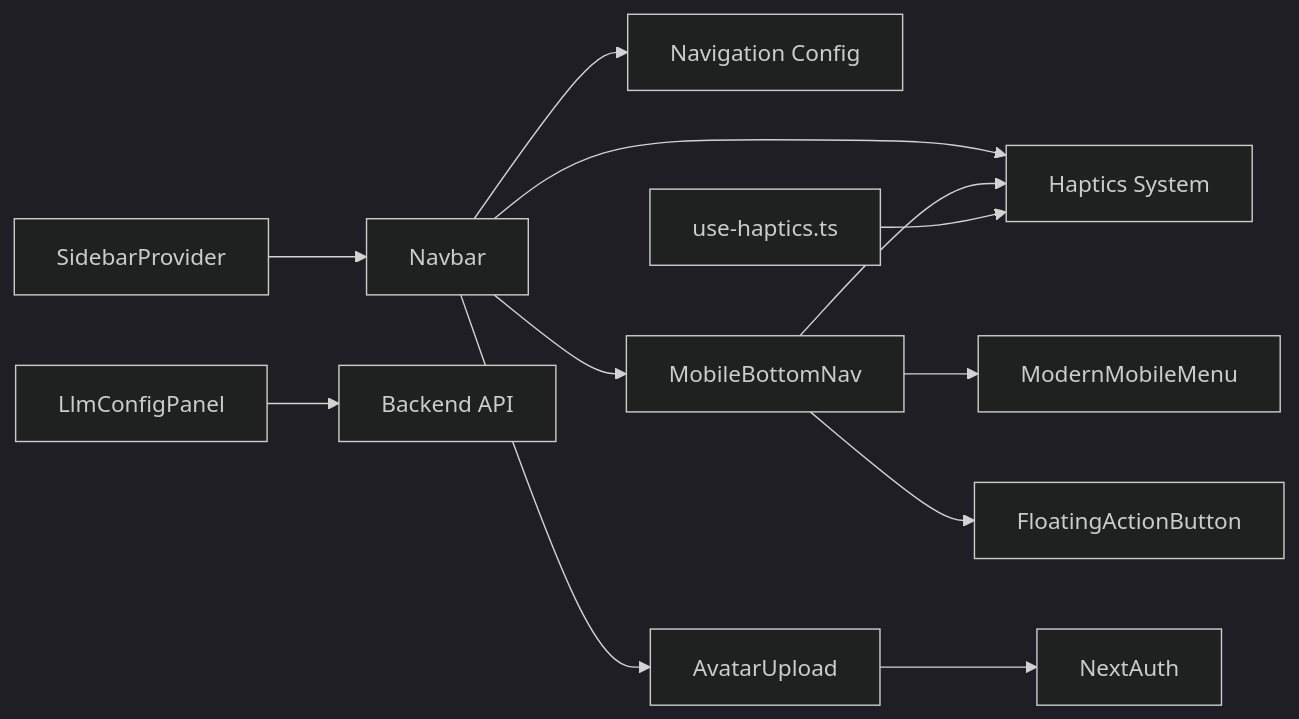
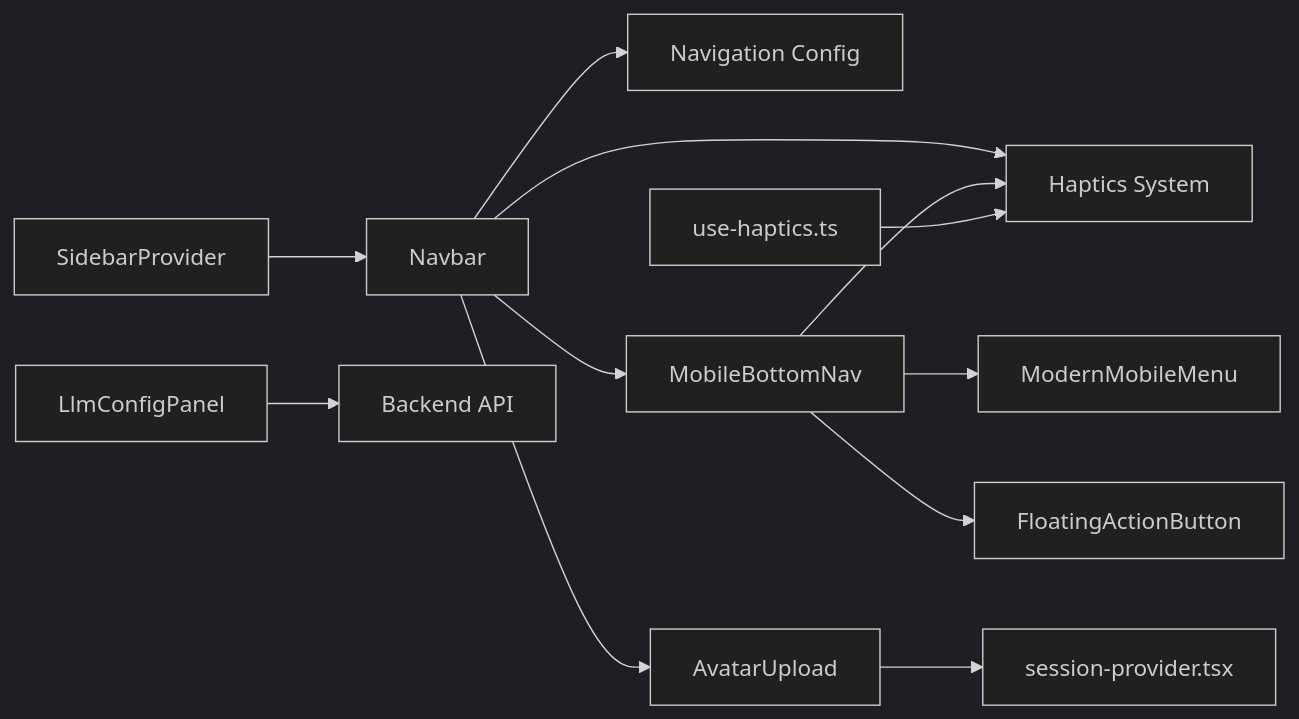
One commit to tashifkhan/tashif.codes changed the third of 3 diagrams in src/data/docs/talentsync/Frontend Application/UI Component Library/Layout and Navigation Components.md. Above: the diagram before and after it, drawn with Mermaid (dark theme). The commit also changed other lines of this file and 2128 other files, not shown here.

First line of the commit message:
docs: replace raster diagram images with native Mermaid across project guides

````diff
--- a/src/data/docs/talentsync/Frontend Application/UI Component Library/Layout and Navigation Components.md
+++ b/src/data/docs/talentsync/Frontend Application/UI Component Library/Layout and Navigation Components.md
@@ -322,14 +231,14 @@
 ```mermaid
 graph LR
 SP["SidebarProvider"] --> NAV["Navbar"]
 NAV --> NAVCFG["Navigation Config"]
 NAV --> HF["Haptics System"]
 MBN["MobileBottomNav"] --> NM["ModernMobileMenu"]
 MBN --> FAB["FloatingActionButton"]
 MBN --> HF
 NAV --> MBN
 LCP["LlmConfigPanel"] --> API["Backend API"]
-AVU["AvatarUpload"] --> NA["NextAuth"]
+AVU["AvatarUpload"] --> NA["session-provider.tsx"]
 NAV --> AVU
 UH["use-haptics.ts"] --> HF
 ```
````
